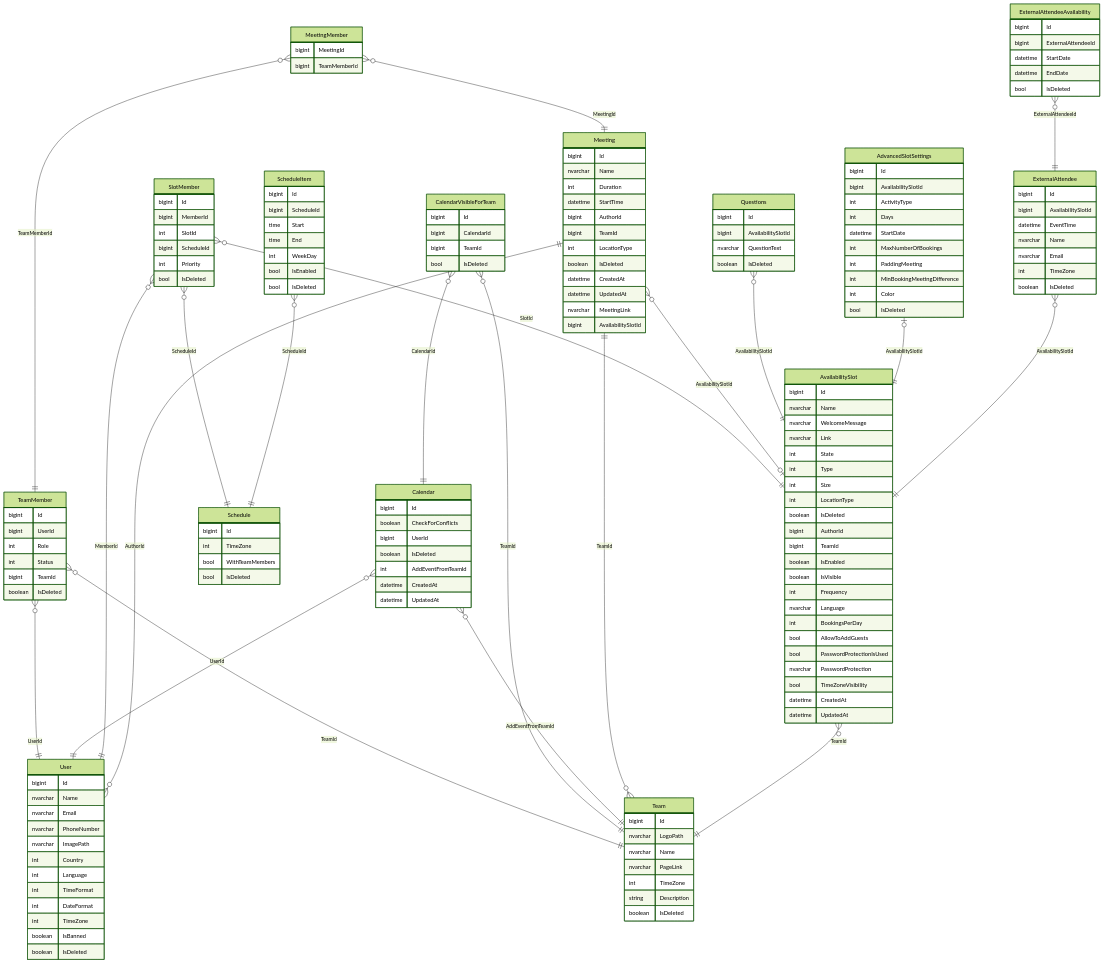
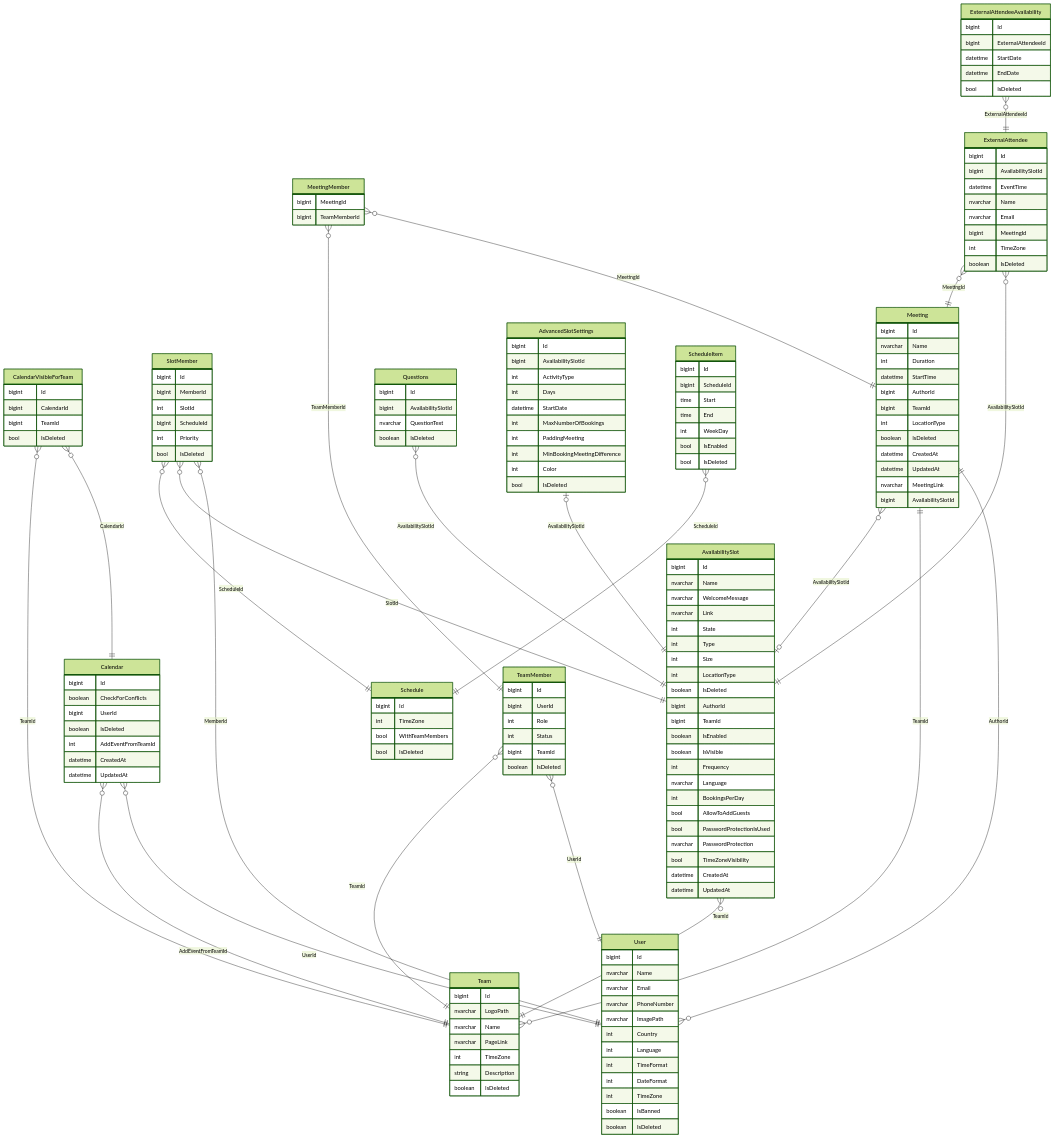
Before and after one commit to BinaryStudioAcademy/bsa-2022-easymeets: the diagram in README.md, drawn with Mermaid (forest theme).

Commit message:
Add meetingId to external attendee

```diff
--- a/README.md
+++ b/README.md
@@ -183,12 +183,14 @@
   }
 
   ExternalAttendee }o--|| AvailabilitySlot : AvailabilitySlotId
+  ExternalAttendee }o--|| Meeting : MeetingId
   ExternalAttendee{
     bigint Id
     bigint AvailabilitySlotId
     datetime EventTime
     nvarchar Name
     nvarchar Email
+    bigint MeetingId
     int TimeZone
     boolean IsDeleted
   }
```
